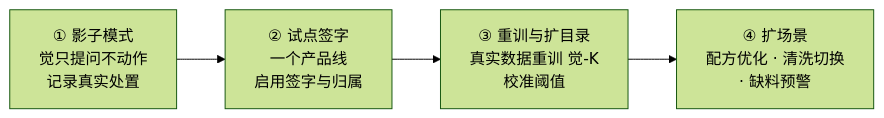
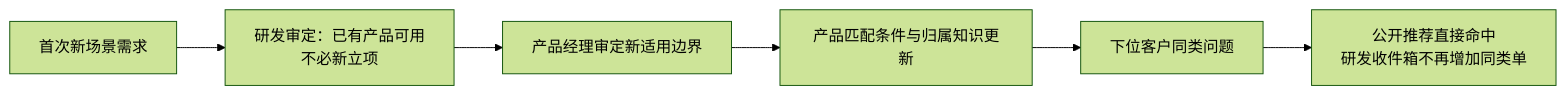
The fourth of 6 diagrams in README.md (Deliaru/Hua-Yan), drawn with Mermaid (forest theme) before and after one commit. The commit also changed other lines of this file and 21 other files, not shown here.

````diff
--- a/README.md
+++ b/README.md
@@ -531,6 +473,8 @@
 ```mermaid
 flowchart LR
-    A["① 影子模式<br/>觉只提问不动作<br/>记录真实处置"] --> B["② 试点签字<br/>一个产品线<br/>启用签字与归属"]
-    B --> C["③ 重训与扩目录<br/>真实数据重训 觉-K<br/>校准阈值"]
-    C --> D["④ 扩场景<br/>配方优化 · 清洗切换<br/>· 缺料预警"]
+    C["首次新场景需求"] --> R["研发审定：已有产品可用<br/>不必新立项"]
+    R --> PM["产品经理审定新适用边界"]
+    PM --> MATCH["产品匹配条件与归属知识更新"]
+    MATCH --> C2["下位客户同类问题"]
+    C2 --> A["公开推荐直接命中<br/>研发收件箱不再增加同类单"]
 ```
````
